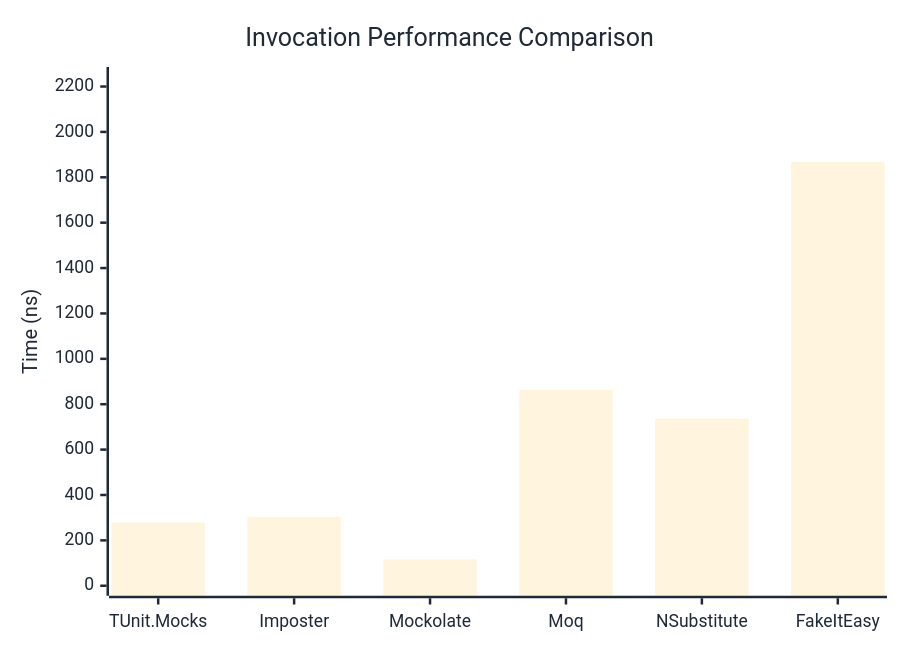
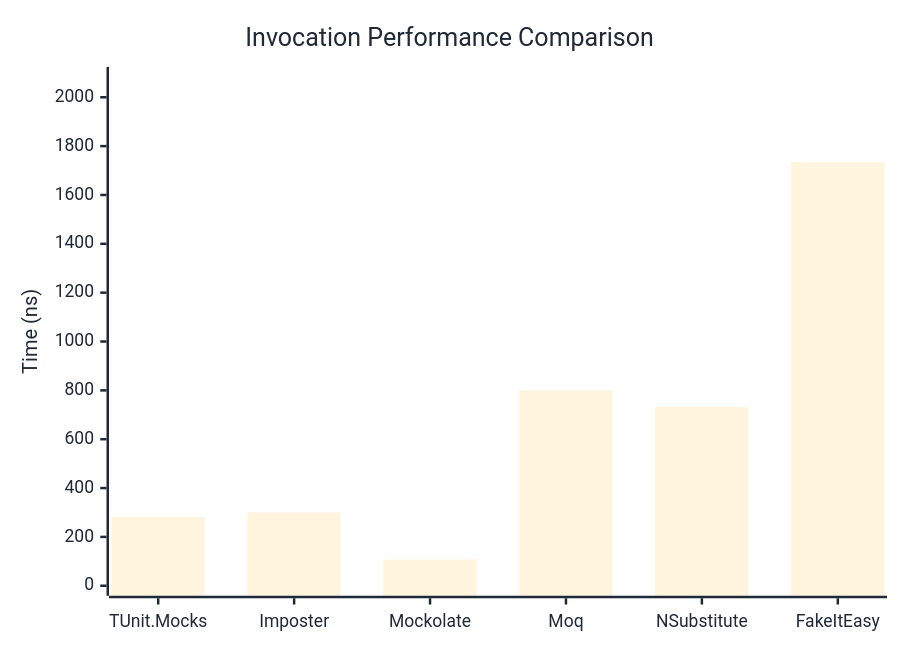
Before and after one commit to thomhurst/TUnit: the first of 3 diagrams in docs/docs/benchmarks/mocks/Invocation.md, drawn with Mermaid. The commit also changed other lines of this file and 14 other files, not shown here.

````diff
--- a/docs/docs/benchmarks/mocks/Invocation.md
+++ b/docs/docs/benchmarks/mocks/Invocation.md
@@ -30,27 +30,27 @@
 ```mermaid
 %%{init: {
   'theme':'base',
   'themeVariables': {
     'primaryColor': '#2563eb',
     'primaryTextColor': '#1f2937',
     'primaryBorderColor': '#1e40af',
     'lineColor': '#6b7280',
     'secondaryColor': '#7c3aed',
     'tertiaryColor': '#dc2626',
     'background': '#ffffff',
     'pie1': '#2563eb',
     'pie2': '#7c3aed',
     'pie3': '#dc2626',
     'pie4': '#f59e0b',
     'pie5': '#10b981',
     'pie6': '#06b6d4',
     'pie7': '#ec4899',
     'pie8': '#6366f1'
   }
 }}%%
 xychart-beta
   title "Invocation Performance Comparison"
   x-axis ["TUnit.Mocks", "Imposter", "Mockolate", "Moq", "NSubstitute", "FakeItEasy"]
-  y-axis "Time (ns)" 0 --> 2242
-  bar [278.5, 304.45, 116.07, 862.75, 736.92, 1867.83]
+  y-axis "Time (ns)" 0 --> 2083
+  bar [281.48, 299.91, 107.51, 799.88, 731.28, 1735.17]
 ```
````
